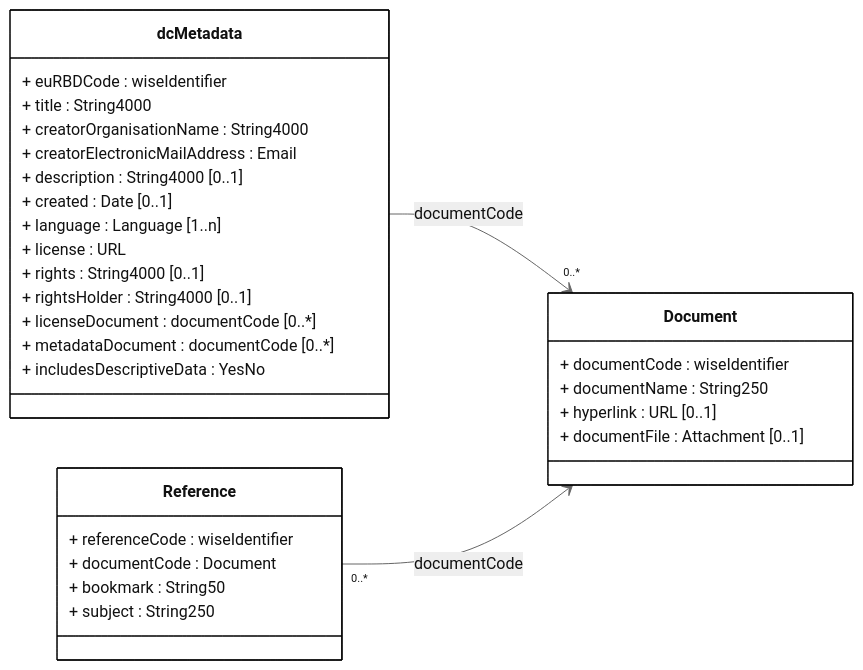
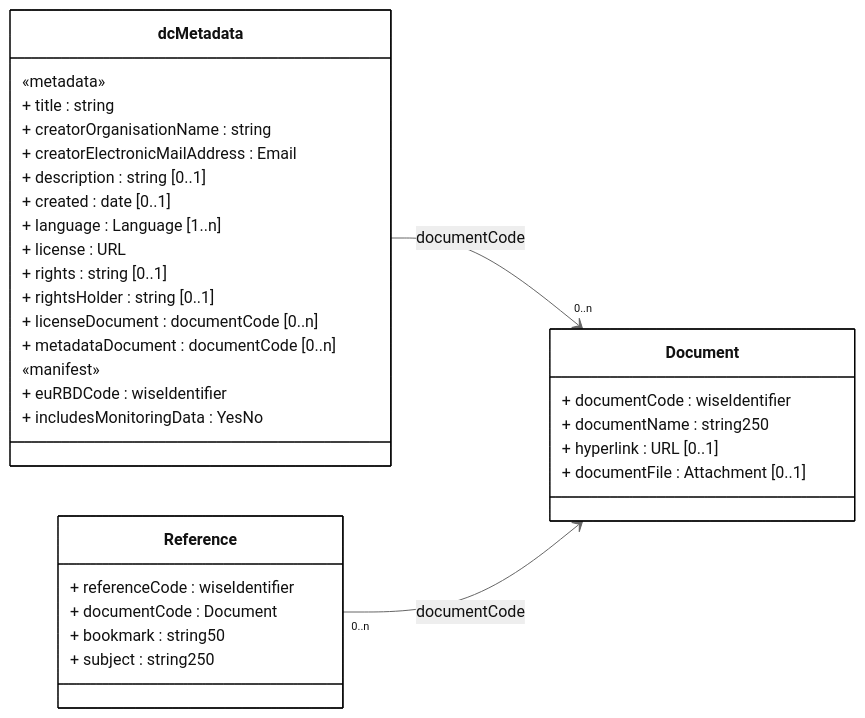
The diagram in docs/DataModelReview/mmd/GroundWaterMethodologies_4thCycle_Documents_ClassDiagram.mmd (eeadata/WISE.WFD.Documentation), drawn with Mermaid before and after one commit. The commit also changed 34 other files, not shown here.

```diff
--- a/docs/DataModelReview/mmd/GroundWaterMethodologies_4thCycle_Documents_ClassDiagram.mmd
+++ b/docs/DataModelReview/mmd/GroundWaterMethodologies_4thCycle_Documents_ClassDiagram.mmd
@@ -1,45 +1,49 @@
 ---
 config:
   class:
     hideEmptyMembersBox: true
   layout: dagre
   theme: neutral
 ---
 classDiagram
 direction LR
 
 class dcMetadata {
-+ euRBDCode : wiseIdentifier
-+ title : String4000
-+ creatorOrganisationName : String4000
+
+«metadata»
++ title : string
++ creatorOrganisationName : string
 + creatorElectronicMailAddress : Email
-+ description : String4000 [0..1]
-+ created : Date [0..1]
++ description : string [0..1]
++ created : date [0..1]
 + language : Language [1..n]
 + license : URL
-+ rights : String4000 [0..1]
-+ rightsHolder : String4000 [0..1]
-+ licenseDocument : documentCode [0..*]
-+ metadataDocument : documentCode [0..*]
-+ includesDescriptiveData : YesNo
++ rights : string [0..1]
++ rightsHolder : string [0..1]
++ licenseDocument : documentCode [0..n]
++ metadataDocument : documentCode [0..n]
+
+«manifest»
++ euRBDCode : wiseIdentifier
++ includesMonitoringData : YesNo
 }
 
 class Reference {
   + referenceCode : wiseIdentifier
   + documentCode : Document
-  + bookmark : String50
-  + subject : String250 
+  + bookmark : string50
+  + subject : string250 
 }
 
 class Document {
 + documentCode : wiseIdentifier
-+ documentName : String250
++ documentName : string250
 + hyperlink : URL [0..1]
 + documentFile : Attachment [0..1]
 }
 
-dcMetadata --> "0..*" Document : documentCode
-Reference "0..*" --> Document : documentCode
+dcMetadata --> "0..n" Document : documentCode
+Reference "0..n" --> Document : documentCode
 
 classDef default fill:white,stroke:#000;
 classDef forFixing fill:white,stroke:#f00;
```
